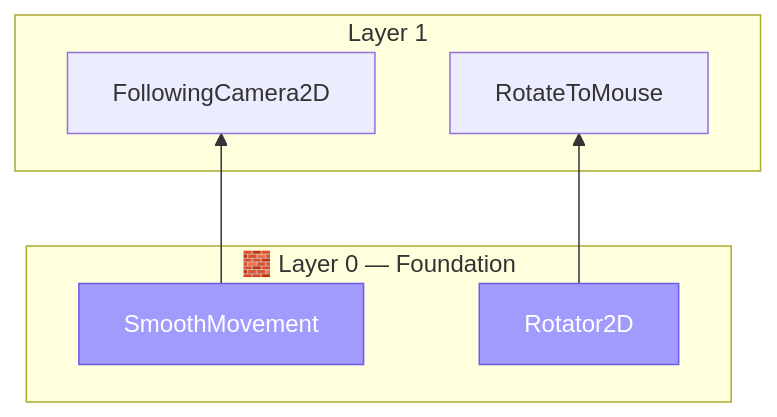
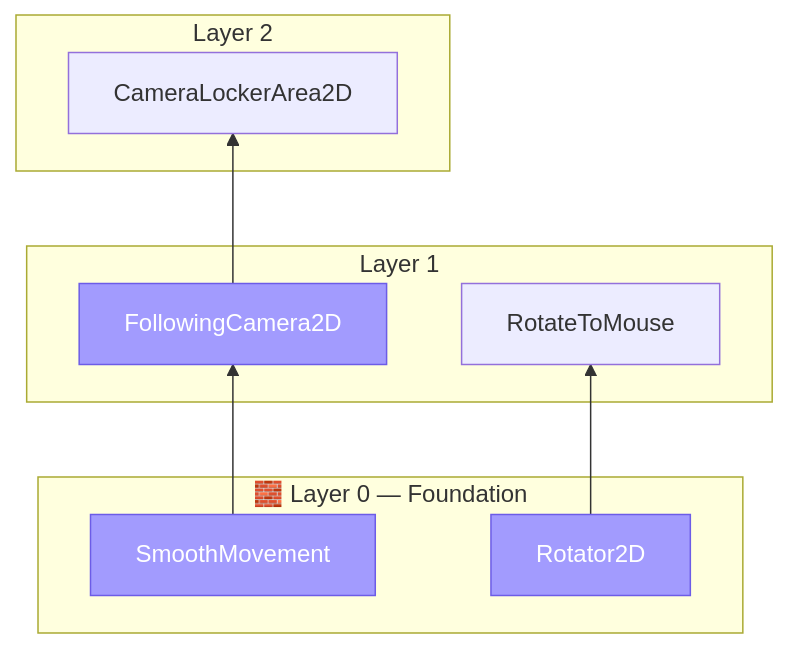
The diagram in ADDONS.md (ChillCube/.github), drawn with Mermaid before and after one commit. The commit also changed other lines of this file, not shown here.

Commit message:
registry: update dependency tree

````diff
--- a/ADDONS.md
+++ b/ADDONS.md
@@ -178,27 +178,33 @@
 ```mermaid
 %%{init: {"flowchart": {"curve": "linear"}}}%%
 flowchart BT
     classDef core  fill:#4a9eff,stroke:#2471d4,color:#fff
     classDef shared fill:#a29bfe,stroke:#6c5ce7,color:#fff
     classDef external fill:#fd9644,stroke:#e67e22,color:#fff
 
     subgraph Layer_0["🧱 Layer 0 — Foundation"]
         godot_smoothmovement["SmoothMovement"]
         rotator2d["Rotator2D"]
     end
     subgraph Layer_1["Layer 1"]
         followingcamera2d["FollowingCamera2D"]
         rotatetomouse["RotateToMouse"]
     end
+    subgraph Layer_2["Layer 2"]
+        cameralockerarea2d["CameraLockerArea2D"]
+    end
 
     godot_smoothmovement --> followingcamera2d
+    followingcamera2d --> cameralockerarea2d
     rotator2d --> rotatetomouse
 
+    class followingcamera2d shared
     class godot_smoothmovement shared
     class rotator2d shared
 
+    click cameralockerarea2d href "https://github.com/ChillCube/CameraLockerArea2D" _blank
     click followingcamera2d href "https://github.com/ChillCube/FollowingCamera2D" _blank
     click godot_smoothmovement href "https://github.com/ChillCube/Godot_SmoothMovement" _blank
     click rotatetomouse href "https://github.com/ChillCube/RotateToMouse" _blank
     click rotator2d href "https://github.com/ChillCube/Rotator2D" _blank
 ```
````
